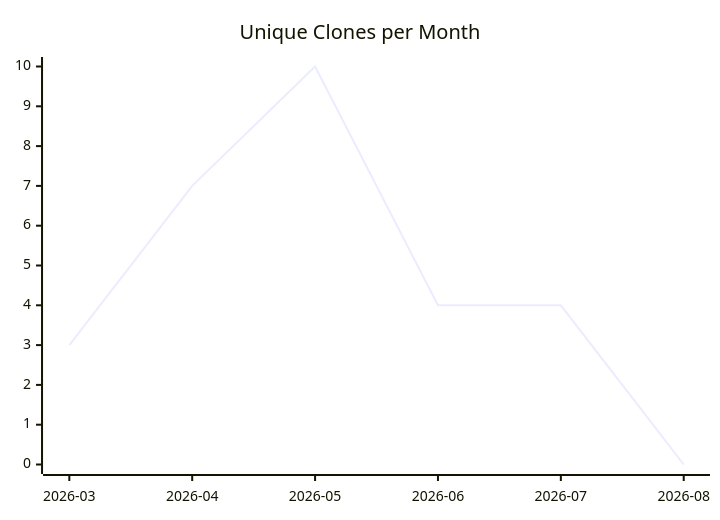
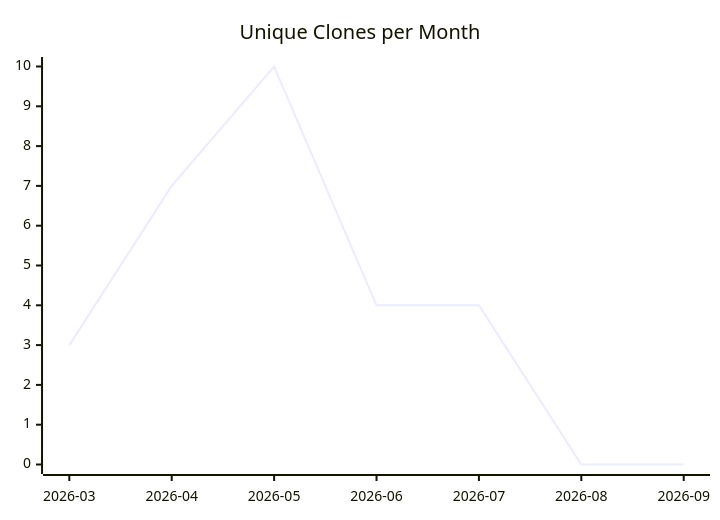
One commit to justdavis-family/github-analytics-data changed the third of 3 diagrams in karlmdavis/test-repo-for-move/README.md. Above: the diagram before and after it, drawn with Mermaid. The commit also changed other lines of this file and 190 other files, not shown here.

````diff
--- a/karlmdavis/test-repo-for-move/README.md
+++ b/karlmdavis/test-repo-for-move/README.md
@@ -19,6 +19,6 @@
 ```mermaid
 xychart-beta
   title "Unique Clones per Month"
-  x-axis ["2026-03", "2026-04", "2026-05", "2026-06", "2026-07", "2026-08"]
-  line [3, 7, 10, 4, 4, 0]
+  x-axis ["2026-03", "2026-04", "2026-05", "2026-06", "2026-07", "2026-08", "2026-09"]
+  line [3, 7, 10, 4, 4, 0, 0]
 ```
````
